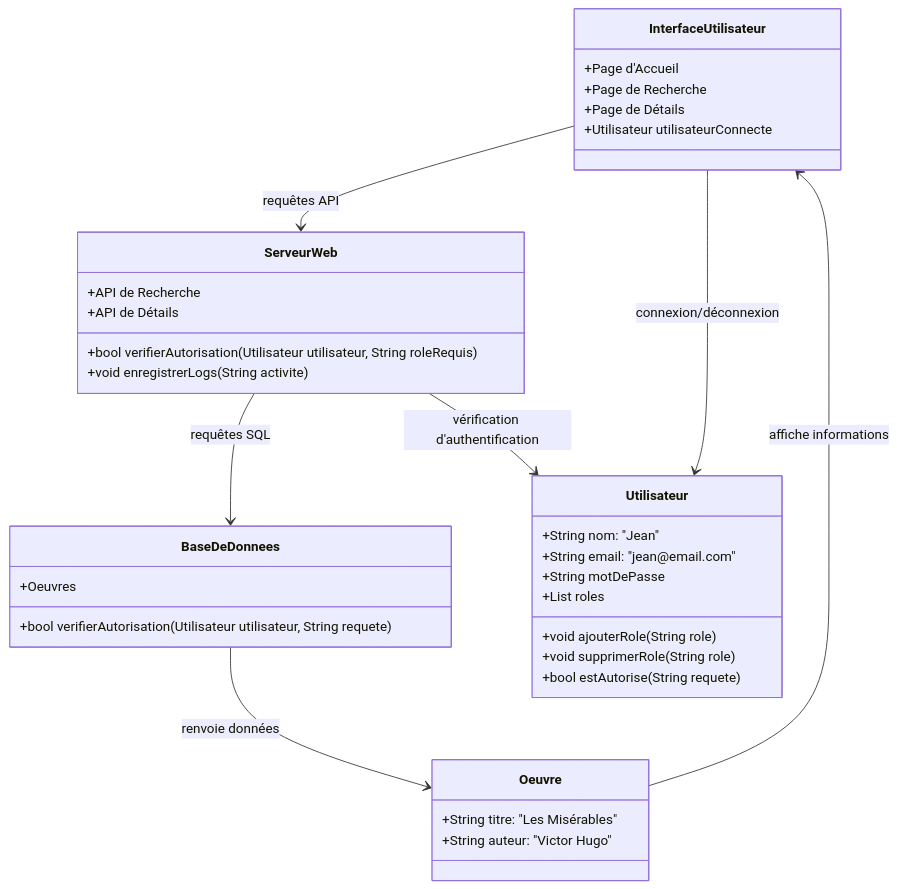
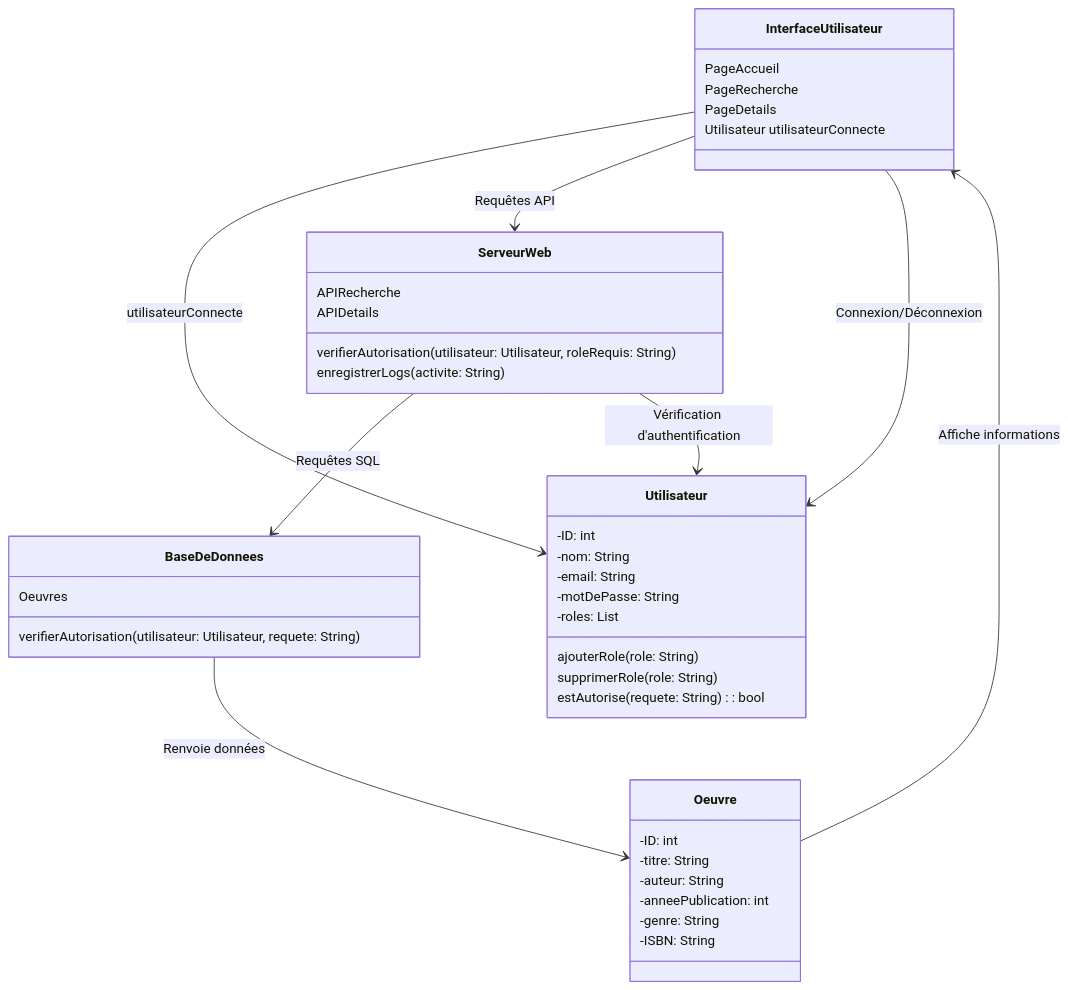
One commit to melenedufrenois/QuoicOurs changed the diagram in scenarios/1/diag_objet.md. Above: the diagram before and after it, drawn with Mermaid.

````diff
--- a/scenarios/1/diag_objet.md
+++ b/scenarios/1/diag_objet.md
@@ -1,39 +1,49 @@
 ```mermaid
 classDiagram
     class InterfaceUtilisateur {
-      +Page d'Accueil
-      +Page de Recherche
-      +Page de Détails
-      +Utilisateur utilisateurConnecte
-    }
-    class ServeurWeb {
-      +API de Recherche
-      +API de Détails
-      +bool verifierAutorisation(Utilisateur utilisateur, String roleRequis)
-      +void enregistrerLogs(String activite)
-    }
-    class BaseDeDonnees {
-      +Oeuvres
-      +bool verifierAutorisation(Utilisateur utilisateur, String requete)
-    }
-    class Oeuvre {
-      +String titre: "Les Misérables"
-      +String auteur: "Victor Hugo"
-    }
-    class Utilisateur {
-      +String nom: "Jean"
-      +String email: "jean@email.com"
-      +String motDePasse
-      +List<String> roles
-      +void ajouterRole(String role)
-      +void supprimerRole(String role)
-      +bool estAutorise(String requete)
+      PageAccueil
+      PageRecherche
+      PageDetails
+      Utilisateur utilisateurConnecte
     }
 
-    InterfaceUtilisateur --> ServeurWeb : requêtes API
-    ServeurWeb --> BaseDeDonnees : requêtes SQL
-    BaseDeDonnees --> Oeuvre : renvoie données
-    Oeuvre --> InterfaceUtilisateur : affiche informations
-    InterfaceUtilisateur --> Utilisateur : connexion/déconnexion
-    ServeurWeb --> Utilisateur : vérification d'authentification
+    class ServeurWeb {
+      APIRecherche
+      APIDetails
+      verifierAutorisation(utilisateur: Utilisateur, roleRequis: String)
+      enregistrerLogs(activite: String)
+    }
+
+    class BaseDeDonnees {
+      Oeuvres
+      verifierAutorisation(utilisateur: Utilisateur, requete: String)
+    }
+
+    class Oeuvre {
+      -ID: int
+      -titre: String
+      -auteur: String
+      -anneePublication: int
+      -genre: String
+      -ISBN: String
+    }
+
+    class Utilisateur {
+      -ID: int
+      -nom: String
+      -email: String
+      -motDePasse: String
+      -roles: List<String>
+      ajouterRole(role: String)
+      supprimerRole(role: String)
+      estAutorise(requete: String): bool
+    }
+
+    InterfaceUtilisateur --> Utilisateur : utilisateurConnecte
+    InterfaceUtilisateur --> ServeurWeb : Requêtes API
+    ServeurWeb --> BaseDeDonnees : Requêtes SQL
+    BaseDeDonnees --> Oeuvre : Renvoie données
+    Oeuvre --> InterfaceUtilisateur : Affiche informations
+    InterfaceUtilisateur --> Utilisateur : Connexion/Déconnexion
+    ServeurWeb --> Utilisateur : Vérification d'authentification
 ```
````
